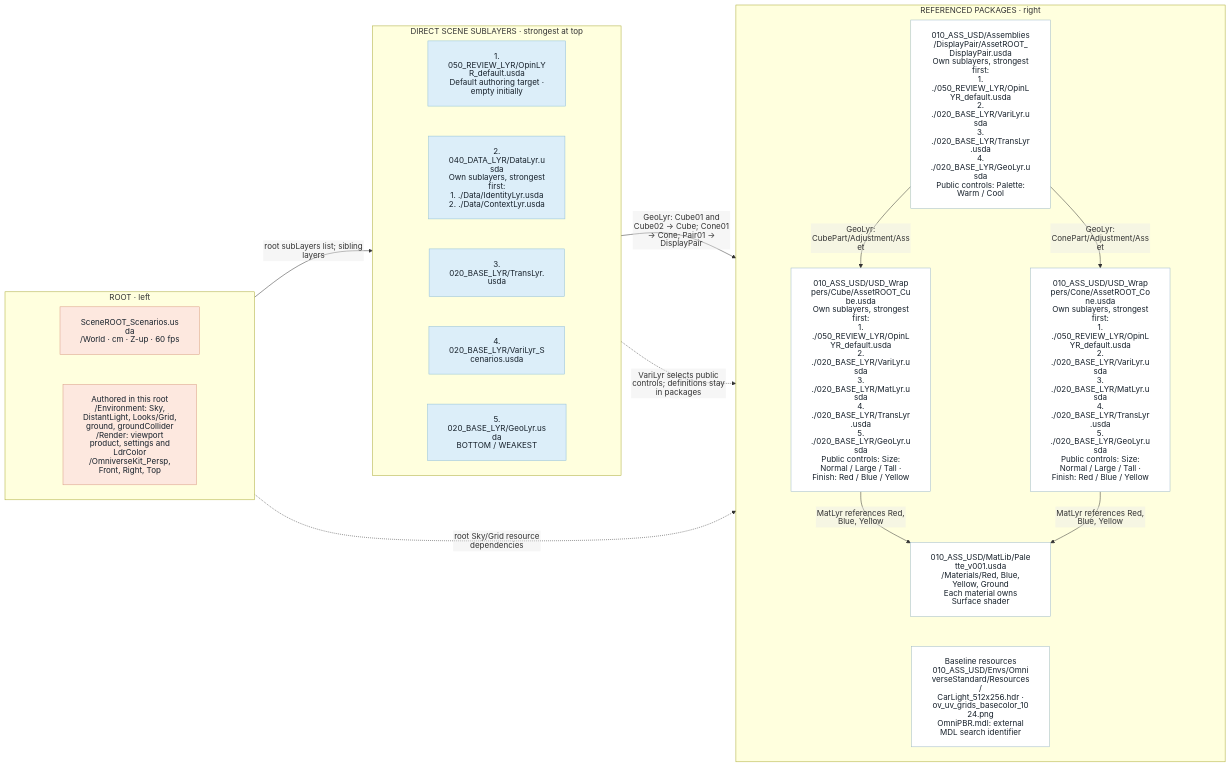
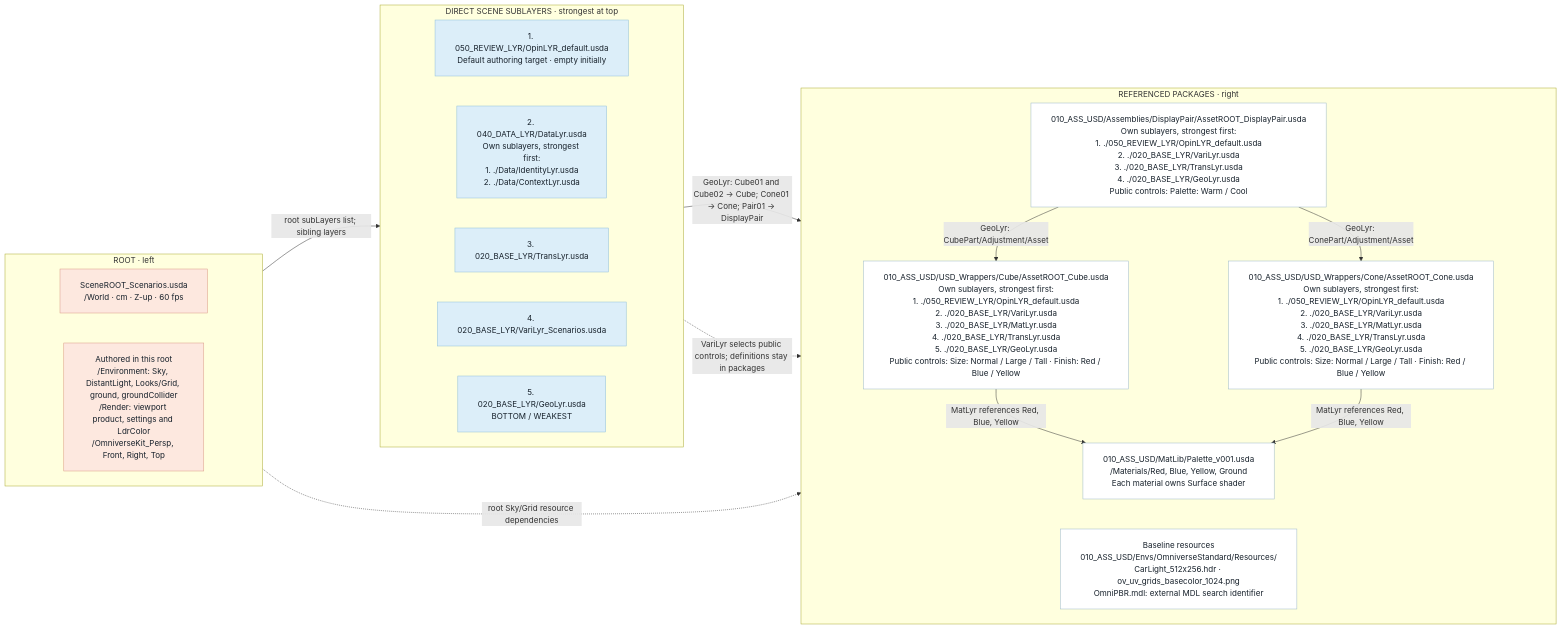
One commit to jph2/OpenUSD_GoodStart_CompositionContract changed the sixth of 15 diagrams in examples/01_LayeredScene/README.md. Above: the diagram before and after it, drawn with Mermaid. The commit also changed other lines of this file and 15 other files, not shown here.

Commit message:
Update composition contract, add synchronized skill, and fix diagrams

````diff
--- a/examples/01_LayeredScene/README.md
+++ b/examples/01_LayeredScene/README.md
@@ -573,45 +573,45 @@
 ```mermaid
-%%{init: {"htmlLabels": false, "themeVariables": {"fontFamily": "Arial, sans-serif"}, "flowchart": {"htmlLabels": false, "padding": 20, "nodeSpacing": 200, "rankSpacing": 35, "diagramPadding": 20}}}%%
+%%{init: {"htmlLabels": true, "themeVariables": {"fontFamily": "Arial, sans-serif"}, "flowchart": {"htmlLabels": true, "padding": 20, "nodeSpacing": 200, "rankSpacing": 35, "diagramPadding": 20}}}%%
 flowchart LR
     subgraph ENTRY["ROOT · left"]
         direction TB
         R["SceneROOT_Scenarios.usda<br/>/World · cm · Z-up · 60 fps"]
         B["Authored in this root<br/>/Environment: Sky, DistantLight, Looks/Grid, ground, groundCollider<br/>/Render: viewport product, settings and LdrColor<br/>/OmniverseKit_Persp, Front, Right, Top"]
         R ~~~ B
     end
     subgraph STACK["DIRECT SCENE SUBLAYERS · strongest at top"]
         direction TB
         L0["1. 050_REVIEW_LYR/OpinLYR_default.usda<br/>Default authoring target · empty initially"]
         L1["2. 040_DATA_LYR/DataLyr.usda<br/>Own sublayers, strongest first:<br/>1. ./Data/IdentityLyr.usda<br/>2. ./Data/ContextLyr.usda"]
         L0 ~~~ L1
         L2["3. 020_BASE_LYR/TransLyr.usda"]
         L1 ~~~ L2
         L3["4. 020_BASE_LYR/VariLyr_Scenarios.usda"]
         L2 ~~~ L3
         L4["5. 020_BASE_LYR/GeoLyr.usda<br/>BOTTOM / WEAKEST"]
         L3 ~~~ L4
     end
     subgraph SOURCES["REFERENCED PACKAGES · right"]
         direction TB
         PAIR["010_ASS_USD/Assemblies/DisplayPair/AssetROOT_DisplayPair.usda<br/>Own sublayers, strongest first:<br/>1. ./050_REVIEW_LYR/OpinLYR_default.usda<br/>2. ./020_BASE_LYR/VariLyr.usda<br/>3. ./020_BASE_LYR/TransLyr.usda<br/>4. ./020_BASE_LYR/GeoLyr.usda<br/>Public controls: Palette: Warm / Cool"]
         CUBE["010_ASS_USD/USD_Wrappers/Cube/AssetROOT_Cube.usda<br/>Own sublayers, strongest first:<br/>1. ./050_REVIEW_LYR/OpinLYR_default.usda<br/>2. ./020_BASE_LYR/VariLyr.usda<br/>3. ./020_BASE_LYR/MatLyr.usda<br/>4. ./020_BASE_LYR/TransLyr.usda<br/>5. ./020_BASE_LYR/GeoLyr.usda<br/>Public controls: Size: Normal / Large / Tall · Finish: Red / Blue / Yellow"]
         CONE["010_ASS_USD/USD_Wrappers/Cone/AssetROOT_Cone.usda<br/>Own sublayers, strongest first:<br/>1. ./050_REVIEW_LYR/OpinLYR_default.usda<br/>2. ./020_BASE_LYR/VariLyr.usda<br/>3. ./020_BASE_LYR/MatLyr.usda<br/>4. ./020_BASE_LYR/TransLyr.usda<br/>5. ./020_BASE_LYR/GeoLyr.usda<br/>Public controls: Size: Normal / Large / Tall · Finish: Red / Blue / Yellow"]
         MAT["010_ASS_USD/MatLib/Palette_v001.usda<br/>/Materials/Red, Blue, Yellow, Ground<br/>Each material owns Surface shader"]
         RES["Baseline resources<br/>010_ASS_USD/Envs/OmniverseStandard/Resources/<br/>CarLight_512x256.hdr · ov_uv_grids_basecolor_1024.png<br/>OmniPBR.mdl: external MDL search identifier"]
         PAIR -->|"GeoLyr: CubePart/Adjustment/Asset"| CUBE
         PAIR -->|"GeoLyr: ConePart/Adjustment/Asset"| CONE
         CUBE -->|"MatLyr references Red, Blue, Yellow"| MAT
         CONE -->|"MatLyr references Red, Blue, Yellow"| MAT
         MAT ~~~ RES
     end
     ENTRY -->|"root subLayers list; sibling layers"| STACK
     STACK -->|"GeoLyr: Cube01 and Cube02 → Cube; Cone01 → Cone; Pair01 → DisplayPair"| SOURCES
     STACK -.->|"VariLyr selects public controls; definitions stay in packages"| SOURCES
     ENTRY -.->|"root Sky/Grid resource dependencies"| SOURCES
     classDef ccRoot fill:#fde8df,stroke:#d99b84,color:#17212b
     classDef layer fill:#dceef9,stroke:#91bfd8,color:#17212b
     classDef asset fill:#ffffff,stroke:#9db9c8,color:#17212b
     class R,B ccRoot
     class L0,L1,L2,L3,L4 layer
     class PAIR,CUBE,CONE,MAT,RES asset
 ```
````
